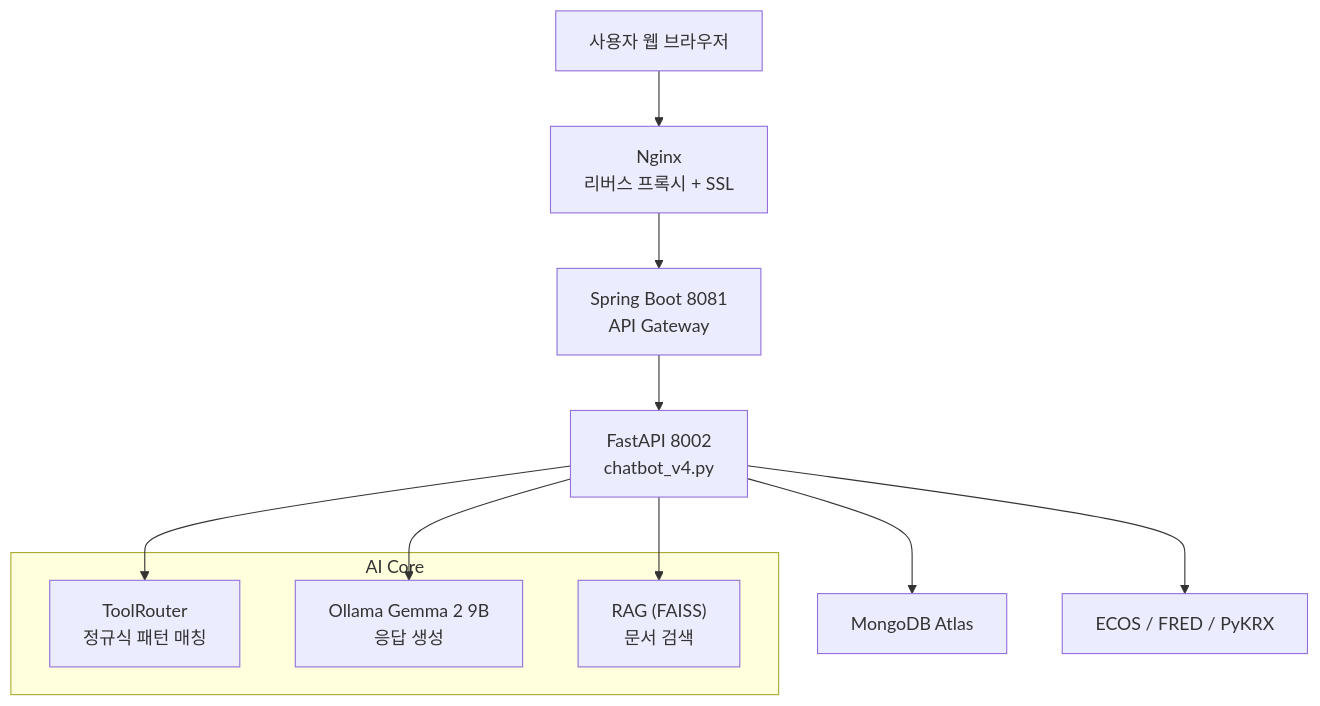
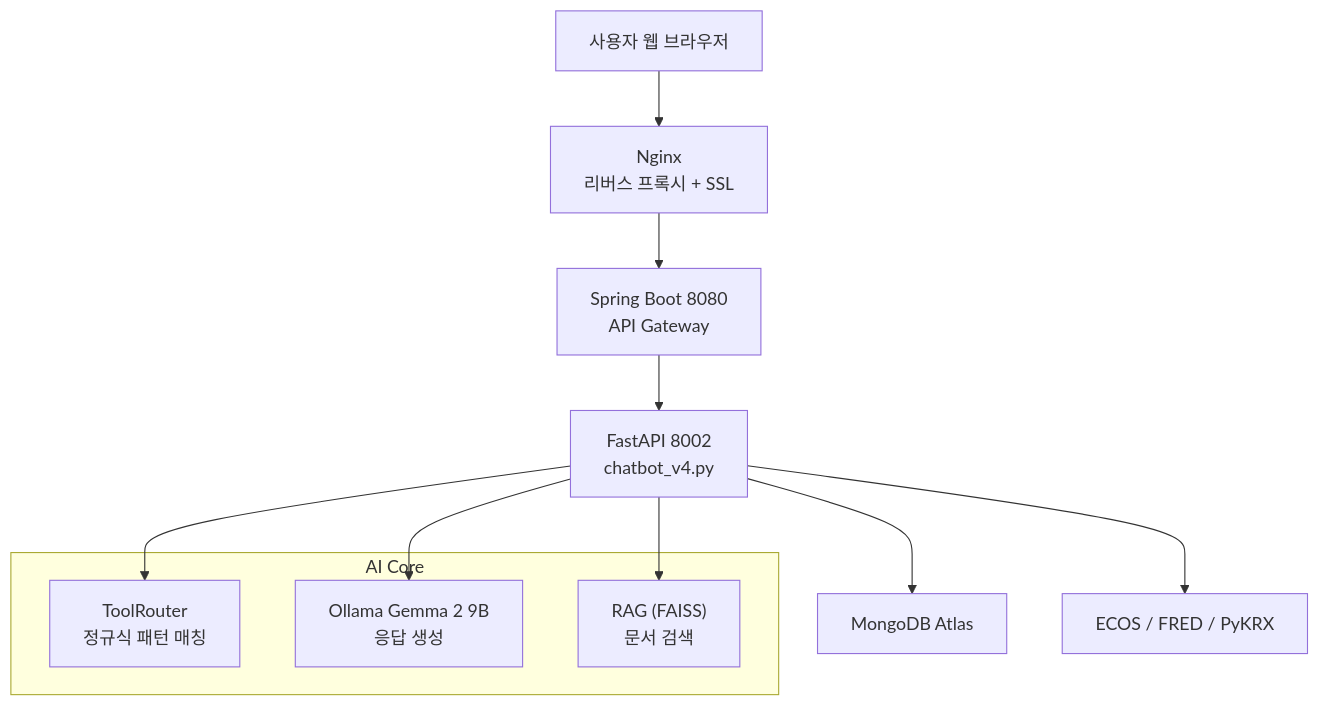
The diagram in README.md (yooseungmin9/yoo-chatbot-v1), drawn with Mermaid before and after one commit. The commit also changed other lines of this file, not shown here.

````diff
--- a/README.md
+++ b/README.md
@@ -27,16 +27,16 @@
 ```mermaid
 graph TD
     U["사용자 웹 브라우저"] --> NG["Nginx<br>리버스 프록시 + SSL"]
-    NG --> SB["Spring Boot 8081<br>API Gateway"]
+    NG --> SB["Spring Boot 8080<br>API Gateway"]
     SB --> FA["FastAPI 8002<br>chatbot_v4.py"]
     subgraph "AI Core"
         TR["ToolRouter<br>정규식 패턴 매칭"]
         OL["Ollama Gemma 2 9B<br>응답 생성"]
         RG["RAG (FAISS)<br>문서 검색"]
     end
     FA --> TR
     FA --> OL
     FA --> RG
     FA --> MDB["MongoDB Atlas"]
     FA --> API["ECOS / FRED / PyKRX"]
 ```
````
